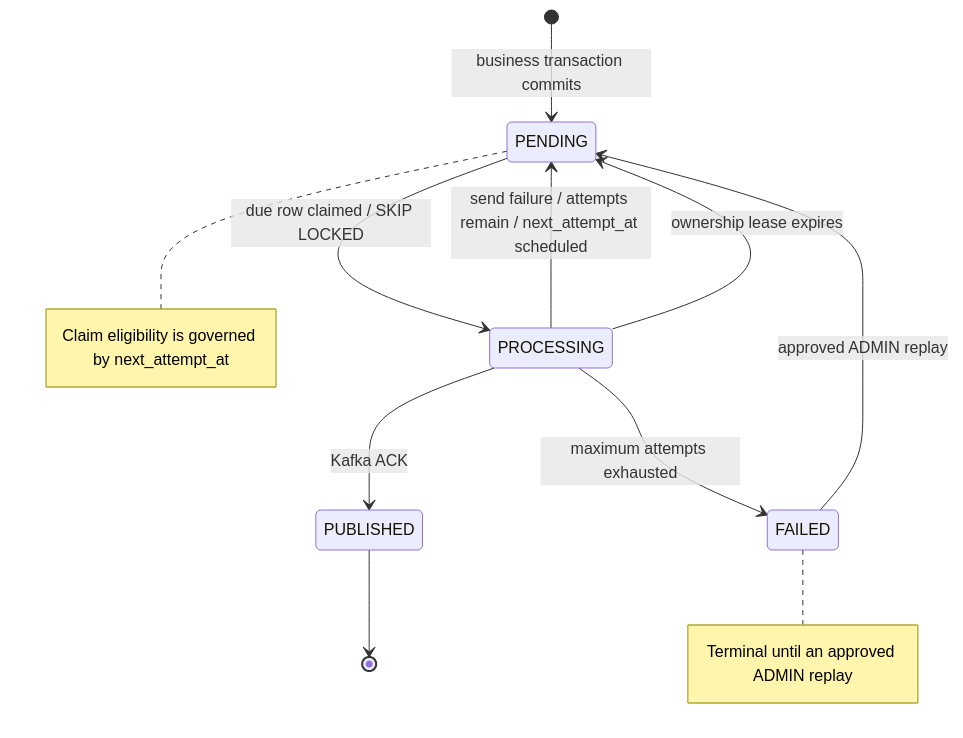
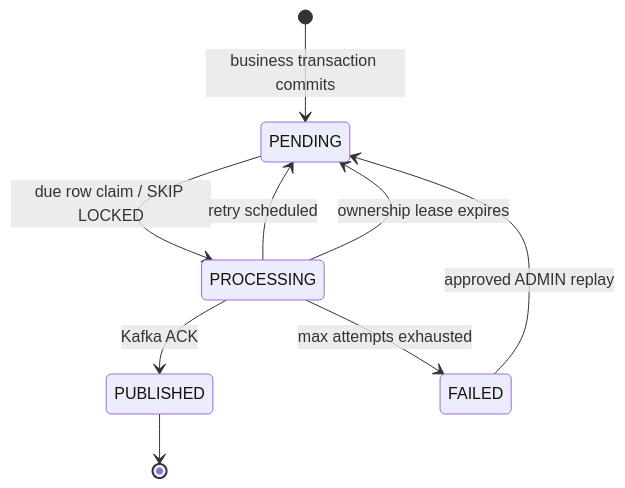
Before and after one commit to ravan-chuang/spring-boot-ecommerce-backend: the third of 4 diagrams in SpringBoot_Backend_Engineering_Summary.md, drawn with Mermaid. The commit also changed other lines of this file and 2 other files, not shown here.

````diff
--- a/SpringBoot_Backend_Engineering_Summary.md
+++ b/SpringBoot_Backend_Engineering_Summary.md
@@ -122,18 +196,11 @@
 ```mermaid
 stateDiagram-v2
     [*] --> PENDING: business transaction commits
-    PENDING --> PROCESSING: due row claimed / SKIP LOCKED
+    PENDING --> PROCESSING: due row claim / SKIP LOCKED
     PROCESSING --> PUBLISHED: Kafka ACK
-    PROCESSING --> PENDING: send failure / attempts remain / next_attempt_at scheduled
+    PROCESSING --> PENDING: retry scheduled
     PROCESSING --> PENDING: ownership lease expires
-    PROCESSING --> FAILED: maximum attempts exhausted
+    PROCESSING --> FAILED: max attempts exhausted
     FAILED --> PENDING: approved ADMIN replay
     PUBLISHED --> [*]
-
-    note right of PENDING
-        Claim eligibility is governed by next_attempt_at
-    end note
-    note right of FAILED
-        Terminal until an approved ADMIN replay
-    end note
 ```
````
